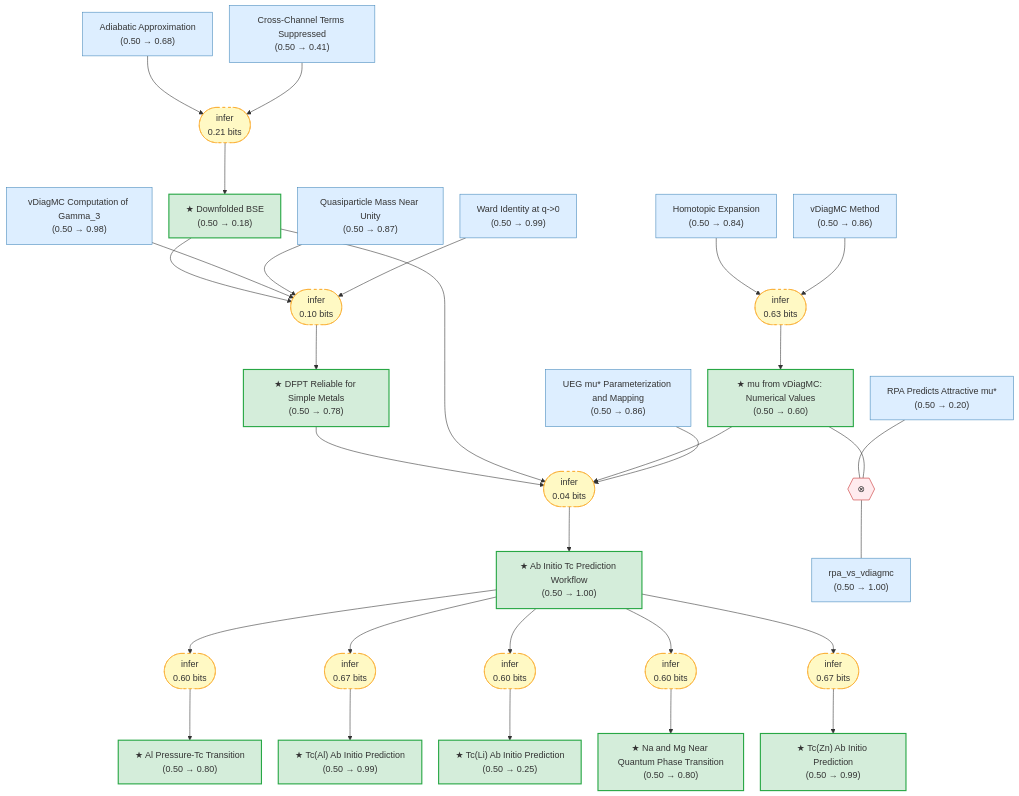
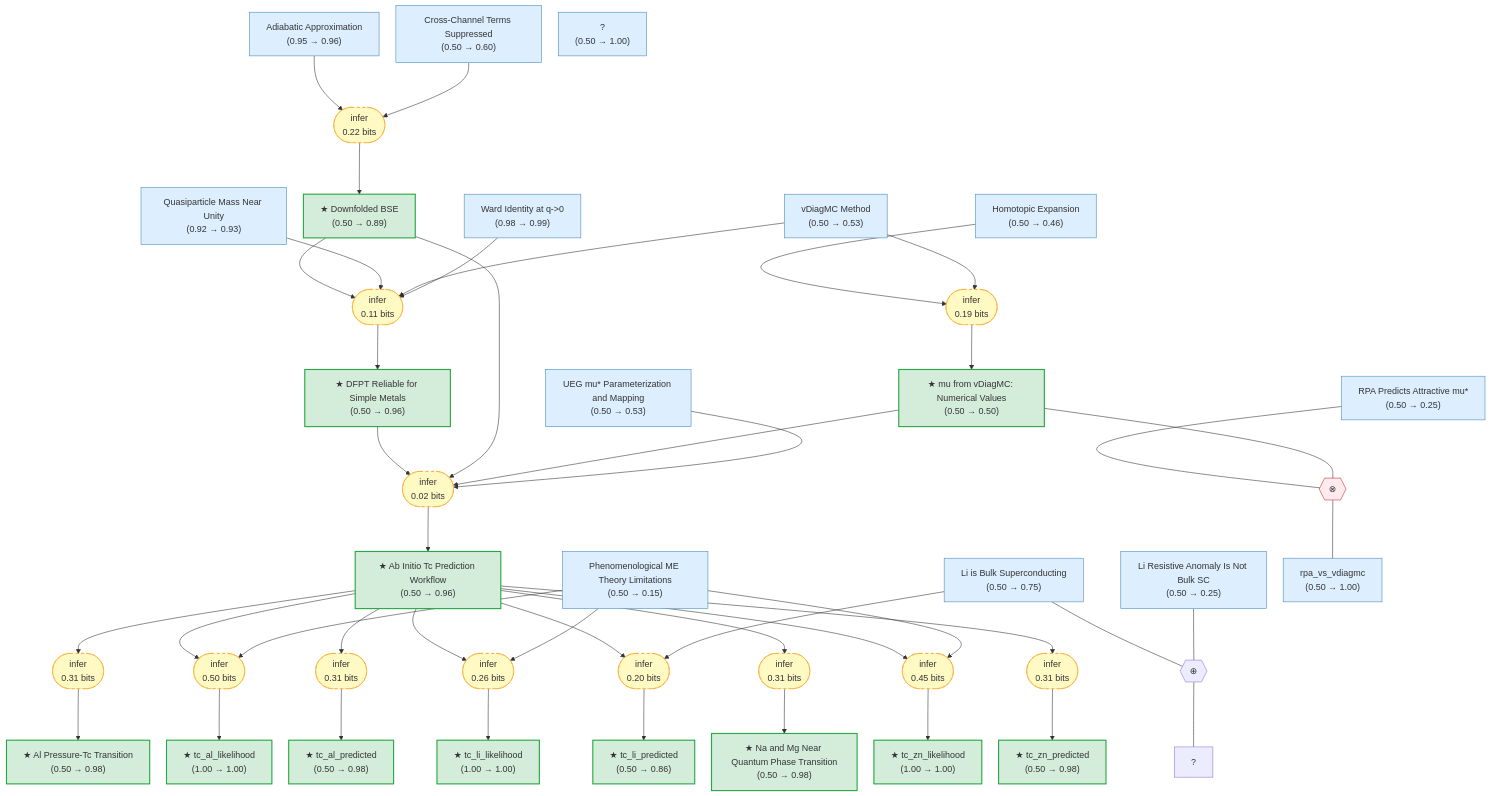
One commit to kunyuan/SuperconductivityElectronLiquids.gaia changed the diagram in .github-output/README.md. Above: the diagram before and after it, drawn with Mermaid. The commit also changed other lines of this file and 46 other files, not shown here.

```diff
--- a/.github-output/README.md
+++ b/.github-output/README.md
@@ -20,64 +20,87 @@
     nodeSpacing: 30
 ---
 graph TB
-    adiabatic_approx["Adiabatic Approximation\n(0.50 → 0.68)"]:::premise
-    cross_term_suppressed["Cross-Channel Terms Suppressed\n(0.50 → 0.41)"]:::premise
-    downfolded_bse["★ Downfolded BSE\n(0.50 → 0.18)"]:::exported
-    vdiagmc_method["vDiagMC Method\n(0.50 → 0.86)"]:::premise
-    homotopic_expansion["Homotopic Expansion\n(0.50 → 0.84)"]:::premise
-    mu_vdiagmc_values["★ mu from vDiagMC: Numerical Values\n(0.50 → 0.60)"]:::exported
-    ward_identity["Ward Identity at q->0\n(0.50 → 0.99)"]:::premise
-    gamma3_vdiagmc["vDiagMC Computation of Gamma_3\n(0.50 → 0.98)"]:::premise
-    quasiparticle_mass_near_unity["Quasiparticle Mass Near Unity\n(0.50 → 0.87)"]:::premise
-    dfpt_reliable_for_simple_metals["★ DFPT Reliable for Simple Metals\n(0.50 → 0.78)"]:::exported
-    ueg_pseudopotential_parameterization["UEG mu#ast; Parameterization and Mapping\n(0.50 → 0.86)"]:::premise
-    ab_initio_workflow["★ Ab Initio Tc Prediction Workflow\n(0.50 → 1.00)"]:::exported
-    tc_al_predicted["★ Tc(Al) Ab Initio Prediction\n(0.50 → 0.99)"]:::exported
-    tc_zn_predicted["★ Tc(Zn) Ab Initio Prediction\n(0.50 → 0.99)"]:::exported
-    tc_li_predicted["★ Tc(Li) Ab Initio Prediction\n(0.50 → 0.25)"]:::exported
-    al_pressure_transition["★ Al Pressure-Tc Transition\n(0.50 → 0.80)"]:::exported
-    tc_mg_na_near_qpt["★ Na and Mg Near Quantum Phase Transition\n(0.50 → 0.80)"]:::exported
+    adiabatic_approx["Adiabatic Approximation\n(0.95 → 0.96)"]:::premise
+    phenomenological_me_theory["Phenomenological ME Theory Limitations\n(0.50 → 0.15)"]:::premise
+    li_is_superconducting["Li is Bulk Superconducting\n(0.50 → 0.75)"]:::premise
+    cross_term_suppressed["Cross-Channel Terms Suppressed\n(0.50 → 0.60)"]:::premise
+    downfolded_bse["★ Downfolded BSE\n(0.50 → 0.89)"]:::exported
+    vdiagmc_method["vDiagMC Method\n(0.50 → 0.53)"]:::premise
+    homotopic_expansion["Homotopic Expansion\n(0.50 → 0.46)"]:::premise
+    mu_vdiagmc_values["★ mu from vDiagMC: Numerical Values\n(0.50 → 0.50)"]:::exported
+    ward_identity["Ward Identity at q->0\n(0.98 → 0.99)"]:::premise
+    quasiparticle_mass_near_unity["Quasiparticle Mass Near Unity\n(0.92 → 0.93)"]:::premise
+    dfpt_reliable_for_simple_metals["★ DFPT Reliable for Simple Metals\n(0.50 → 0.96)"]:::exported
+    ueg_pseudopotential_parameterization["UEG mu#ast; Parameterization and Mapping\n(0.50 → 0.53)"]:::premise
+    ab_initio_workflow["★ Ab Initio Tc Prediction Workflow\n(0.50 → 0.96)"]:::exported
+    al_pressure_transition["★ Al Pressure-Tc Transition\n(0.50 → 0.98)"]:::exported
+    tc_mg_na_near_qpt["★ Na and Mg Near Quantum Phase Transition\n(0.50 → 0.98)"]:::exported
+    tc_al_predicted["★ tc_al_predicted\n(0.50 → 0.98)"]:::exported
+    tc_al_likelihood["★ tc_al_likelihood\n(1.00 → 1.00)"]:::exported
+    tc_zn_predicted["★ tc_zn_predicted\n(0.50 → 0.98)"]:::exported
+    tc_zn_likelihood["★ tc_zn_likelihood\n(1.00 → 1.00)"]:::exported
+    tc_li_predicted["★ tc_li_predicted\n(0.50 → 0.86)"]:::exported
+    tc_li_likelihood["★ tc_li_likelihood\n(1.00 → 1.00)"]:::exported
+    li_anomaly_not_sc["Li Resistive Anomaly Is Not Bulk SC\n(0.50 → 0.25)"]:::premise
+    x["?\n(0.50 → 1.00)"]:::premise
     rpa_vs_vdiagmc["rpa_vs_vdiagmc\n(0.50 → 1.00)"]:::premise
-    rpa_predicts_attractive_mu["RPA Predicts Attractive mu#ast;\n(0.50 → 0.20)"]:::premise
-    strat_0(["infer\n0.60 bits"]):::weak
+    rpa_predicts_attractive_mu["RPA Predicts Attractive mu#ast;\n(0.50 → 0.25)"]:::premise
+    strat_0(["infer\n0.31 bits"]):::weak
     ab_initio_workflow --> strat_0
     strat_0 --> al_pressure_transition
-    strat_1(["infer\n0.67 bits"]):::weak
+    strat_1(["infer\n0.50 bits"]):::weak
     ab_initio_workflow --> strat_1
-    strat_1 --> tc_al_predicted
-    strat_2(["infer\n0.60 bits"]):::weak
+    phenomenological_me_theory --> strat_1
+    strat_1 --> tc_al_likelihood
+    strat_2(["infer\n0.31 bits"]):::weak
     ab_initio_workflow --> strat_2
-    strat_2 --> tc_li_predicted
-    strat_3(["infer\n0.60 bits"]):::weak
+    strat_2 --> tc_al_predicted
+    strat_3(["infer\n0.26 bits"]):::weak
     ab_initio_workflow --> strat_3
-    strat_3 --> tc_mg_na_near_qpt
-    strat_4(["infer\n0.67 bits"]):::weak
+    phenomenological_me_theory --> strat_3
+    strat_3 --> tc_li_likelihood
+    strat_4(["infer\n0.20 bits"]):::weak
     ab_initio_workflow --> strat_4
-    strat_4 --> tc_zn_predicted
-    strat_5(["infer\n0.21 bits"]):::weak
-    adiabatic_approx --> strat_5
-    cross_term_suppressed --> strat_5
-    strat_5 --> downfolded_bse
-    strat_6(["infer\n0.04 bits"]):::weak
-    dfpt_reliable_for_simple_metals --> strat_6
-    downfolded_bse --> strat_6
-    mu_vdiagmc_values --> strat_6
-    ueg_pseudopotential_parameterization --> strat_6
-    strat_6 --> ab_initio_workflow
-    strat_7(["infer\n0.10 bits"]):::weak
-    downfolded_bse --> strat_7
-    gamma3_vdiagmc --> strat_7
-    quasiparticle_mass_near_unity --> strat_7
-    ward_identity --> strat_7
-    strat_7 --> dfpt_reliable_for_simple_metals
-    strat_8(["infer\n0.63 bits"]):::weak
-    homotopic_expansion --> strat_8
-    vdiagmc_method --> strat_8
-    strat_8 --> mu_vdiagmc_values
-    oper_0{{"⊗"}}:::contra
-    rpa_predicts_attractive_mu --- oper_0
-    mu_vdiagmc_values --- oper_0
-    oper_0 --- rpa_vs_vdiagmc
+    li_is_superconducting --> strat_4
+    strat_4 --> tc_li_predicted
+    strat_5(["infer\n0.31 bits"]):::weak
+    ab_initio_workflow --> strat_5
+    strat_5 --> tc_mg_na_near_qpt
+    strat_6(["infer\n0.45 bits"]):::weak
+    ab_initio_workflow --> strat_6
+    phenomenological_me_theory --> strat_6
+    strat_6 --> tc_zn_likelihood
+    strat_7(["infer\n0.31 bits"]):::weak
+    ab_initio_workflow --> strat_7
+    strat_7 --> tc_zn_predicted
+    strat_8(["infer\n0.22 bits"]):::weak
+    adiabatic_approx --> strat_8
+    cross_term_suppressed --> strat_8
+    strat_8 --> downfolded_bse
+    strat_9(["infer\n0.02 bits"]):::weak
+    dfpt_reliable_for_simple_metals --> strat_9
+    downfolded_bse --> strat_9
+    mu_vdiagmc_values --> strat_9
+    ueg_pseudopotential_parameterization --> strat_9
+    strat_9 --> ab_initio_workflow
+    strat_10(["infer\n0.11 bits"]):::weak
+    downfolded_bse --> strat_10
+    quasiparticle_mass_near_unity --> strat_10
+    vdiagmc_method --> strat_10
+    ward_identity --> strat_10
+    strat_10 --> dfpt_reliable_for_simple_metals
+    strat_11(["infer\n0.19 bits"]):::weak
+    homotopic_expansion --> strat_11
+    vdiagmc_method --> strat_11
+    strat_11 --> mu_vdiagmc_values
+    oper_0{{"⊕"}}
+    li_is_superconducting --- oper_0
+    li_anomaly_not_sc --- oper_0
+    oper_0 --- ?
+    oper_1{{"⊗"}}:::contra
+    rpa_predicts_attractive_mu --- oper_1
+    mu_vdiagmc_values --- oper_1
+    oper_1 --- rpa_vs_vdiagmc
 
     classDef premise fill:#ddeeff,stroke:#4488bb,color:#333
     classDef exported fill:#d4edda,stroke:#28a745,stroke-width:2px,color:#333
```
